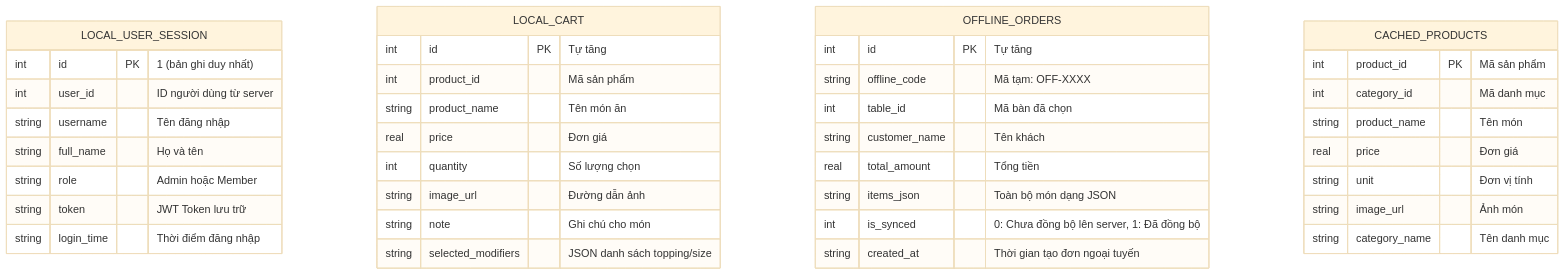
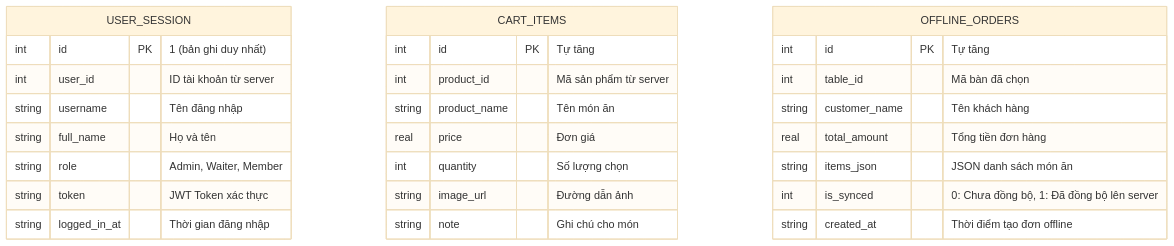
The second of 2 diagrams in docs/04_THIET_KE_CO_SO_DU_LIEU_MERMAID.md (TanNguyen234/restaurant-pos-system), drawn with Mermaid (base theme) before and after one commit. The commit also changed other lines of this file and 1 other file, not shown here.

````diff
--- a/docs/04_THIET_KE_CO_SO_DU_LIEU_MERMAID.md
+++ b/docs/04_THIET_KE_CO_SO_DU_LIEU_MERMAID.md
@@ -136,44 +149,32 @@
 ```mermaid
 erDiagram
-    LOCAL_USER_SESSION {
+    USER_SESSION {
         int id PK "1 (bản ghi duy nhất)"
-        int user_id "ID người dùng từ server"
+        int user_id "ID tài khoản từ server"
         string username "Tên đăng nhập"
         string full_name "Họ và tên"
-        string role "Admin hoặc Member"
-        string token "JWT Token lưu trữ"
-        string login_time "Thời điểm đăng nhập"
+        string role "Admin, Waiter, Member"
+        string token "JWT Token xác thực"
+        string logged_in_at "Thời gian đăng nhập"
     }
 
-    LOCAL_CART {
+    CART_ITEMS {
         int id PK "Tự tăng"
-        int product_id "Mã sản phẩm"
+        int product_id "Mã sản phẩm từ server"
         string product_name "Tên món ăn"
         real price "Đơn giá"
         int quantity "Số lượng chọn"
         string image_url "Đường dẫn ảnh"
         string note "Ghi chú cho món"
-        string selected_modifiers "JSON danh sách topping/size"
     }
 
     OFFLINE_ORDERS {
         int id PK "Tự tăng"
-        string offline_code "Mã tạm: OFF-XXXX"
         int table_id "Mã bàn đã chọn"
-        string customer_name "Tên khách"
-        real total_amount "Tổng tiền"
-        string items_json "Toàn bộ món dạng JSON"
-        int is_synced "0: Chưa đồng bộ lên server, 1: Đã đồng bộ"
-        string created_at "Thời gian tạo đơn ngoại tuyến"
-    }
-
-    CACHED_PRODUCTS {
-        int product_id PK "Mã sản phẩm"
-        int category_id "Mã danh mục"
-        string product_name "Tên món"
-        real price "Đơn giá"
-        string unit "Đơn vị tính"
-        string image_url "Ảnh món"
-        string category_name "Tên danh mục"
+        string customer_name "Tên khách hàng"
+        real total_amount "Tổng tiền đơn hàng"
+        string items_json "JSON danh sách món ăn"
+        int is_synced "0: Chưa đồng bộ, 1: Đã đồng bộ lên server"
+        string created_at "Thời điểm tạo đơn offline"
     }
 ```
````
